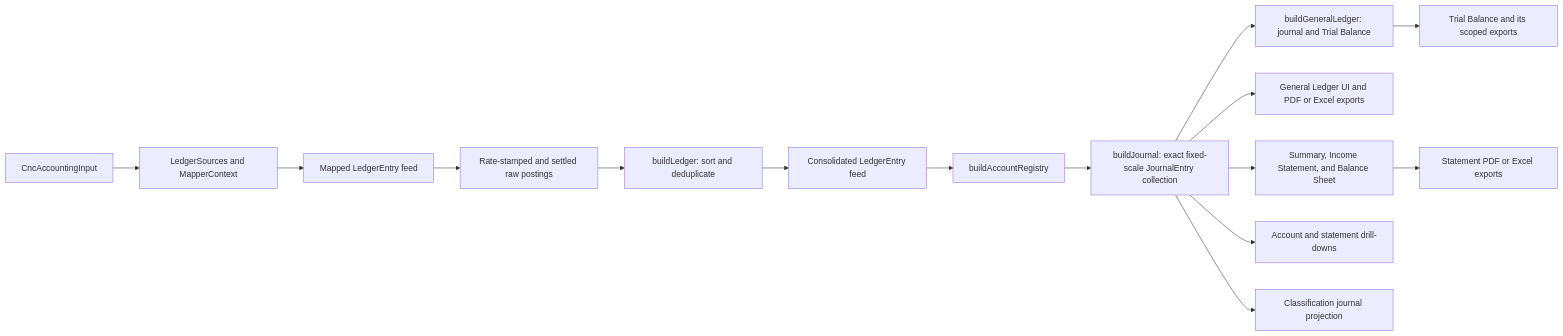
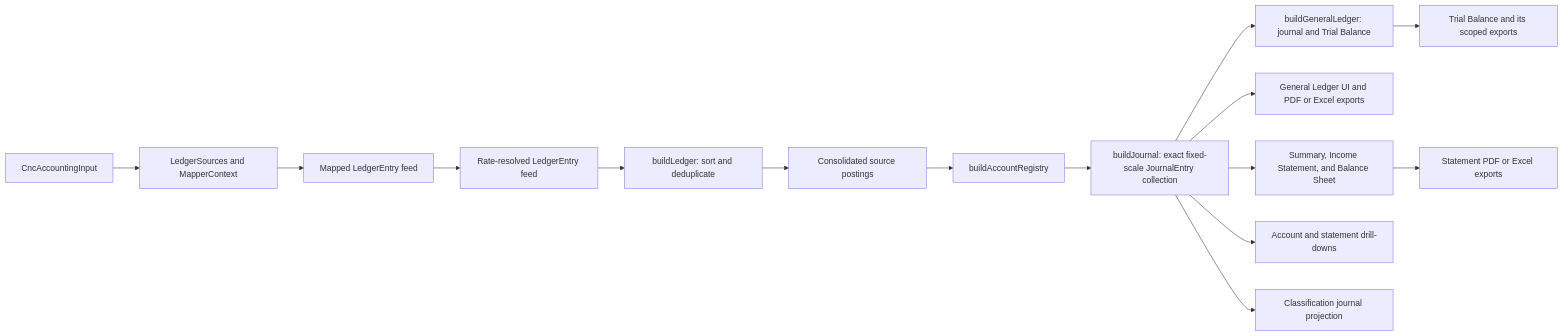
Before and after one commit to globe-and-citizen/cnc-portal: the second of 5 diagrams in docs/implementation/accounting-read-model/README.md, drawn with Mermaid. The commit also changed other lines of this file and 2 other files, not shown here.

````diff
--- a/docs/implementation/accounting-read-model/README.md
+++ b/docs/implementation/accounting-read-model/README.md
@@ -53,17 +55,17 @@
 ```mermaid
 flowchart LR
     input[CncAccountingInput] --> context[LedgerSources and MapperContext]
     context --> mapped[Mapped LedgerEntry feed]
-    mapped --> raw[Rate-stamped and settled raw postings]
+    mapped --> raw[Rate-resolved LedgerEntry feed]
     raw --> ledger[buildLedger: sort and deduplicate]
-    ledger --> entries[Consolidated LedgerEntry feed]
+    ledger --> entries[Consolidated source postings]
     entries --> registry[buildAccountRegistry]
     registry --> journal[buildJournal: exact fixed-scale JournalEntry collection]
     journal --> trial[buildGeneralLedger: journal and Trial Balance]
     journal --> generalLedgerUi[General Ledger UI and PDF or Excel exports]
     journal --> statements[Summary, Income Statement, and Balance Sheet]
     statements --> statementExports[Statement PDF or Excel exports]
     journal --> drilldowns[Account and statement drill-downs]
     journal --> classification[Classification journal projection]
     trial --> trialCard[Trial Balance and its scoped exports]
 ```
````
